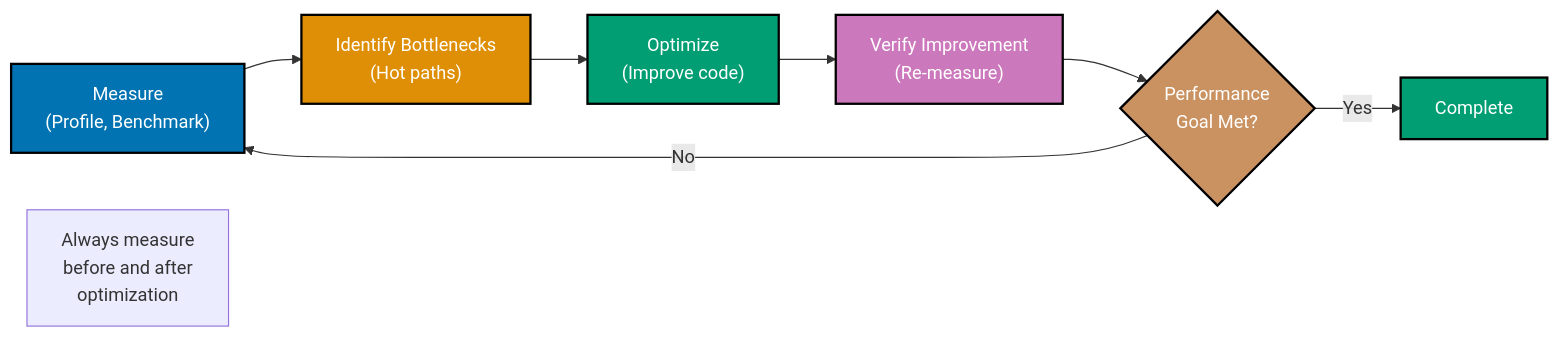
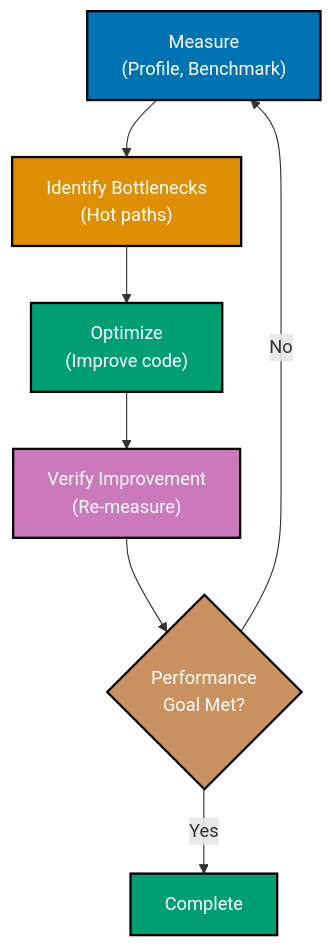
Before and after one commit to wahidyankf/ose-primer: the first of 4 diagrams in docs/explanation/software-engineering/programming-languages/typescript/performance.md, drawn with Mermaid. The commit also changed other lines of this file and 16 other files, not shown here.

Commit message:
fix(docs): fix mermaid violations in typescript/ docs (batch 1/10)

````diff
--- a/docs/explanation/software-engineering/programming-languages/typescript/performance.md
+++ b/docs/explanation/software-engineering/programming-languages/typescript/performance.md
@@ -39,24 +41,19 @@
 ```mermaid
 %% Color Palette: Blue #0173B2, Orange #DE8F05, Teal #029E73, Purple #CC78BC, Brown #CA9161
-graph LR
-    Measure["Measure<br/>#40;Profile, Benchmark#41;"]:::blue
-    Identify["Identify Bottlenecks<br/>#40;Hot paths#41;"]:::orange
-    Optimize["Optimize<br/>#40;Improve code#41;"]:::teal
-    Verify["Verify Improvement<br/>#40;Re-measure#41;"]:::purple
+graph TD
+    Measure["Measure<br/>(Profile, Benchmark)"]:::blue
+    Identify["Identify Bottlenecks<br/>(Hot paths)"]:::orange
+    Optimize["Optimize<br/>(Improve code)"]:::teal
+    Verify["Verify Improvement<br/>(Re-measure)"]:::purple
     Done{"Performance<br/>Goal Met?"}:::brown
 
-    Measure --> Identify
-    Identify --> Optimize
-    Optimize --> Verify
-    Verify --> Done
+    Measure --> Identify --> Optimize --> Verify --> Done
     Done -->|No| Measure
     Done -->|Yes| End["Complete"]:::teal
-
-    Note1["Always measure<br/>before and after<br/>optimization"]
 
     classDef blue fill:#0173B2,stroke:#000000,color:#FFFFFF,stroke-width:2px
     classDef orange fill:#DE8F05,stroke:#000000,color:#FFFFFF,stroke-width:2px
     classDef teal fill:#029E73,stroke:#000000,color:#FFFFFF,stroke-width:2px
     classDef purple fill:#CC78BC,stroke:#000000,color:#FFFFFF,stroke-width:2px
     classDef brown fill:#CA9161,stroke:#000000,color:#FFFFFF,stroke-width:2px
 ```
````
